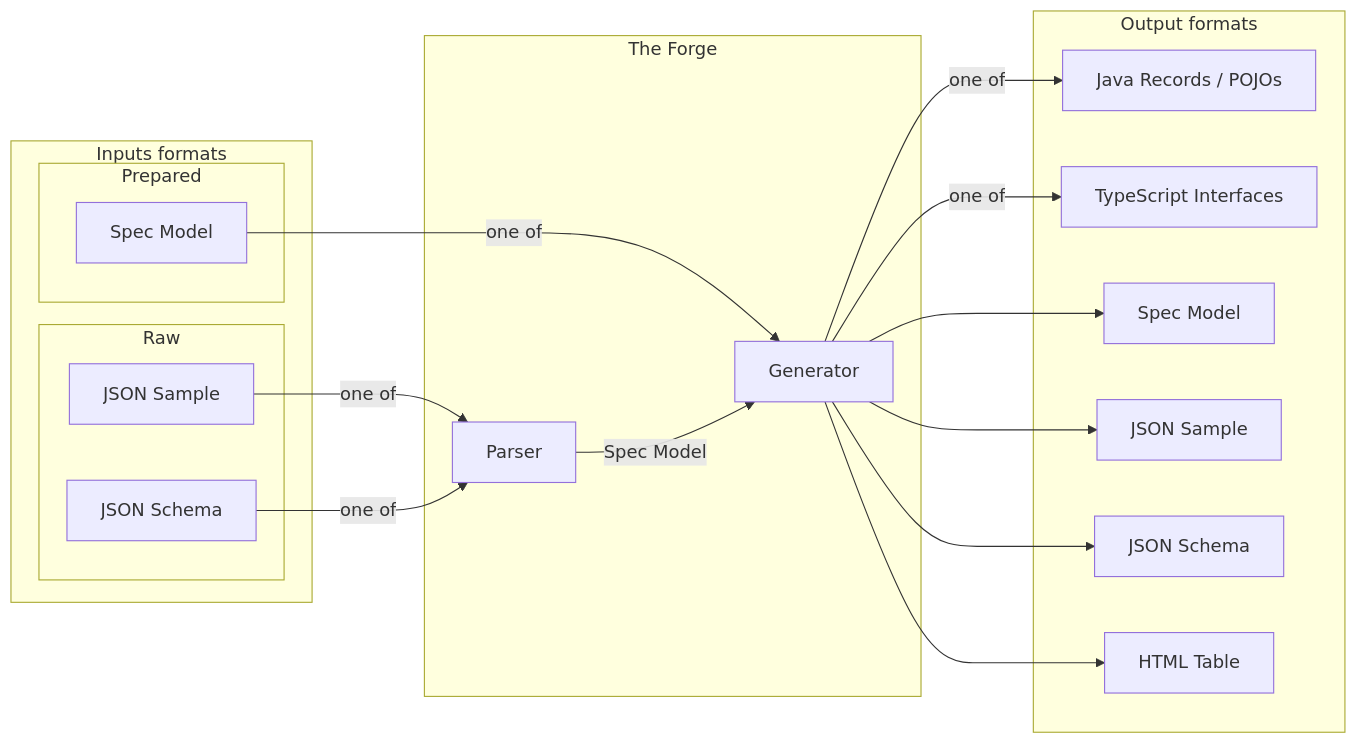
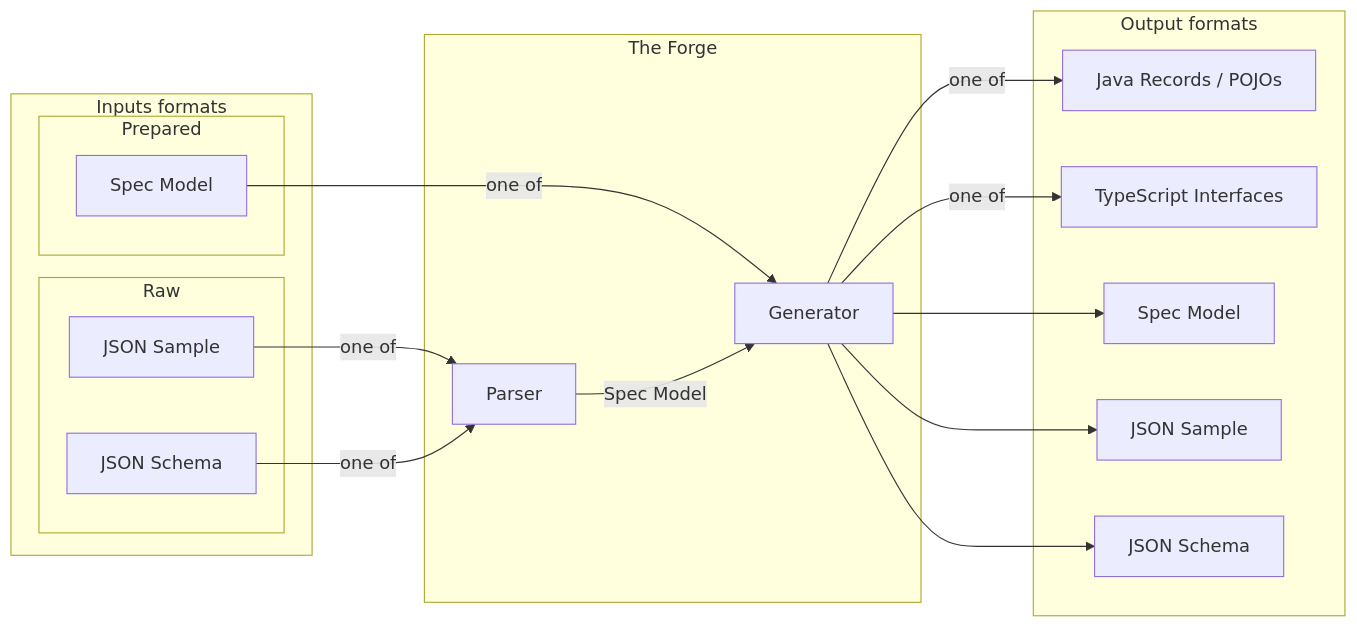
Before and after one commit to volodymyr-oleksiienko/spec-forge-api: the diagram in README.md, drawn with Mermaid. The commit also changed other lines of this file, not shown here.

````diff
--- a/README.md
+++ b/README.md
@@ -109,39 +185,37 @@
 ```mermaid
 graph LR
     subgraph "Inputs formats"
         subgraph "Prepared"
             D[Spec Model]
         end
 
         subgraph "Raw"
             A[JSON Sample]
             B[JSON Schema]
         end
     end
 
     subgraph "The Forge"
         A -->|one of| P
         B -->|one of| P
         P[Parser]
         D -->|one of| G
         P -->|Spec Model| G
         G[Generator]
     end
 
     subgraph "Output formats"
         J[Java Records / POJOs]
         T[TypeScript Interfaces]
         IR[Spec Model]
         JE[JSON Sample]
         JS[JSON Schema]
-        HT[HTML Table]
     end
 
     G -->|one of| J
     G -->|one of| T
     G --> JE
     G --> JS
-    G --> HT
     G --> IR
 
 ```
````
